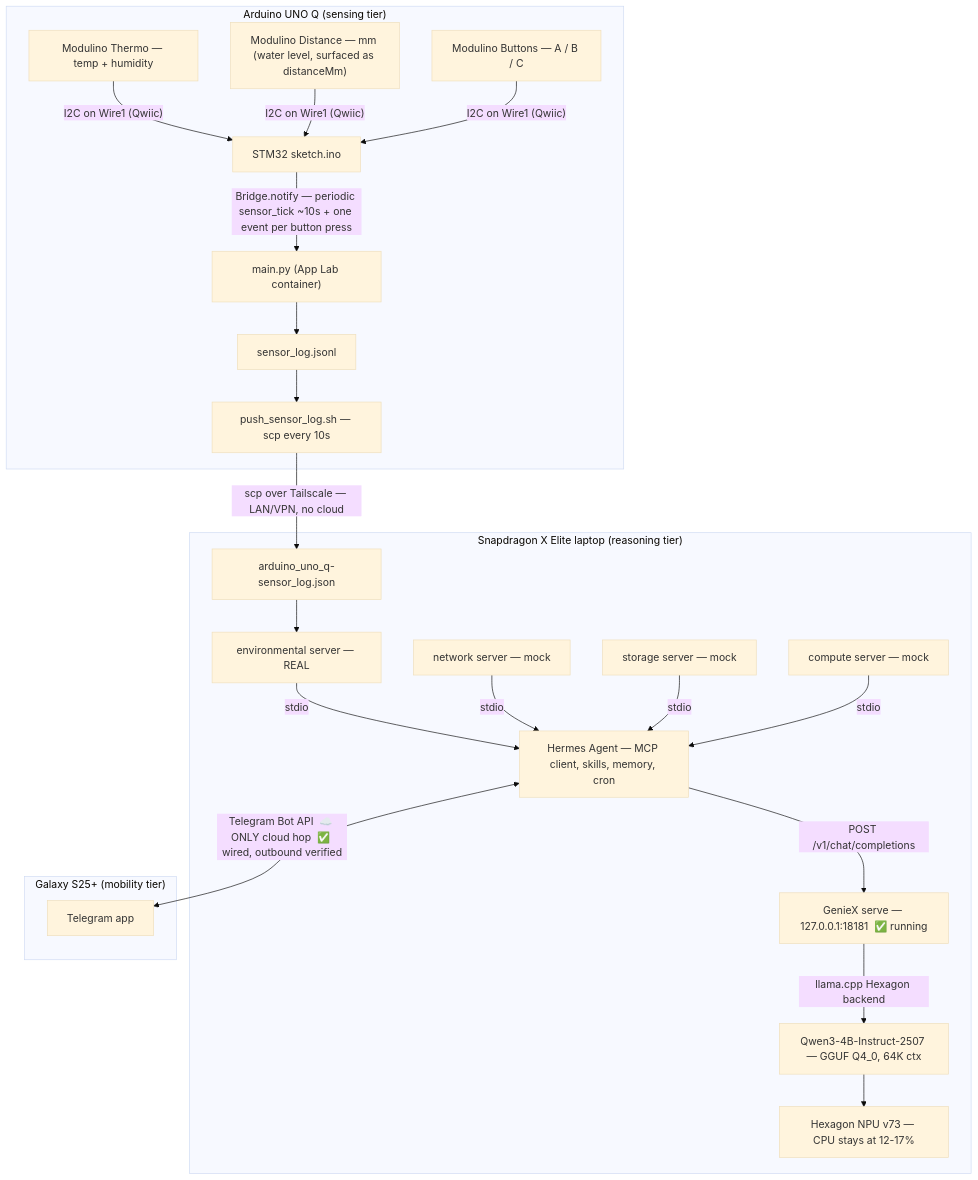
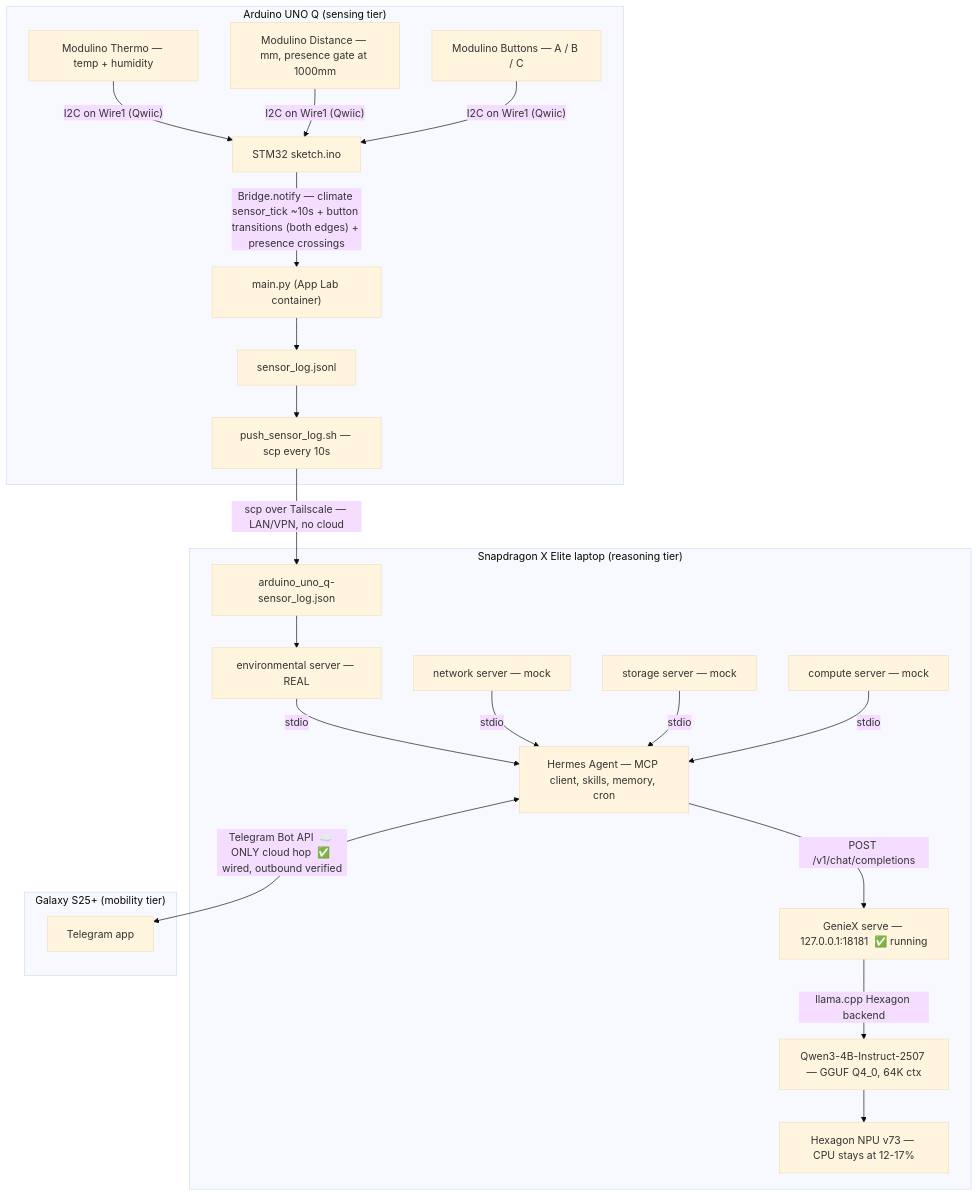
The first of 4 diagrams in docs/ARCHITECTURE.md (aryanil89/SMH-Hermes), drawn with Mermaid (base theme) before and after one commit. The commit also changed other lines of this file and 14 other files, not shown here.

Commit message:
changed sensor function to record different button states and detect objects based on distance sensor

````diff
--- a/docs/ARCHITECTURE.md
+++ b/docs/ARCHITECTURE.md
@@ -17,45 +17,45 @@
 ```mermaid
 flowchart TD
     subgraph board["Arduino UNO Q  (sensing tier)"]
         TH["Modulino Thermo — temp + humidity"]
-        DI["Modulino Distance — mm (water level, surfaced as distanceMm)"]
+        DI["Modulino Distance — mm, presence gate at 1000mm"]
         BU["Modulino Buttons — A / B / C"]
         MCU["STM32 sketch.ino"]
         PY["main.py (App Lab container)"]
         LOG["sensor_log.jsonl"]
         PUSH["push_sensor_log.sh — scp every 10s"]
         TH -->|"I2C on Wire1 (Qwiic)"| MCU
         DI -->|"I2C on Wire1 (Qwiic)"| MCU
         BU -->|"I2C on Wire1 (Qwiic)"| MCU
-        MCU -->|"Bridge.notify — periodic sensor_tick ~10s + one event per button press"| PY
+        MCU -->|"Bridge.notify — climate sensor_tick ~10s + button transitions (both edges) + presence crossings"| PY
         PY --> LOG
         LOG --> PUSH
     end
 
     subgraph laptop["Snapdragon X Elite laptop  (reasoning tier)"]
         FILE["arduino_uno_q-sensor_log.json"]
         ENV["environmental server — REAL"]
         NET["network server — mock"]
         STO["storage server — mock"]
         COM["compute server — mock"]
         HA["Hermes Agent — MCP client, skills, memory, cron"]
         GX["GenieX serve — 127.0.0.1:18181  ✅ running"]
         MOD["Qwen3-4B-Instruct-2507 — GGUF Q4_0, 64K ctx"]
         NPU["Hexagon NPU v73 — CPU stays at 12-17%"]
         FILE --> ENV
         ENV -->|stdio| HA
         NET -->|stdio| HA
         STO -->|stdio| HA
         COM -->|stdio| HA
         HA -->|"POST /v1/chat/completions"| GX
         GX -->|"llama.cpp Hexagon backend"| MOD
         MOD --> NPU
     end
 
     subgraph phone["Galaxy S25+  (mobility tier)"]
         TG["Telegram app"]
     end
 
     PUSH -->|"scp over Tailscale — LAN/VPN, no cloud"| FILE
     HA <-->|"Telegram Bot API  ☁️ ONLY cloud hop  ✅ wired, outbound verified"| TG
 ```
````
